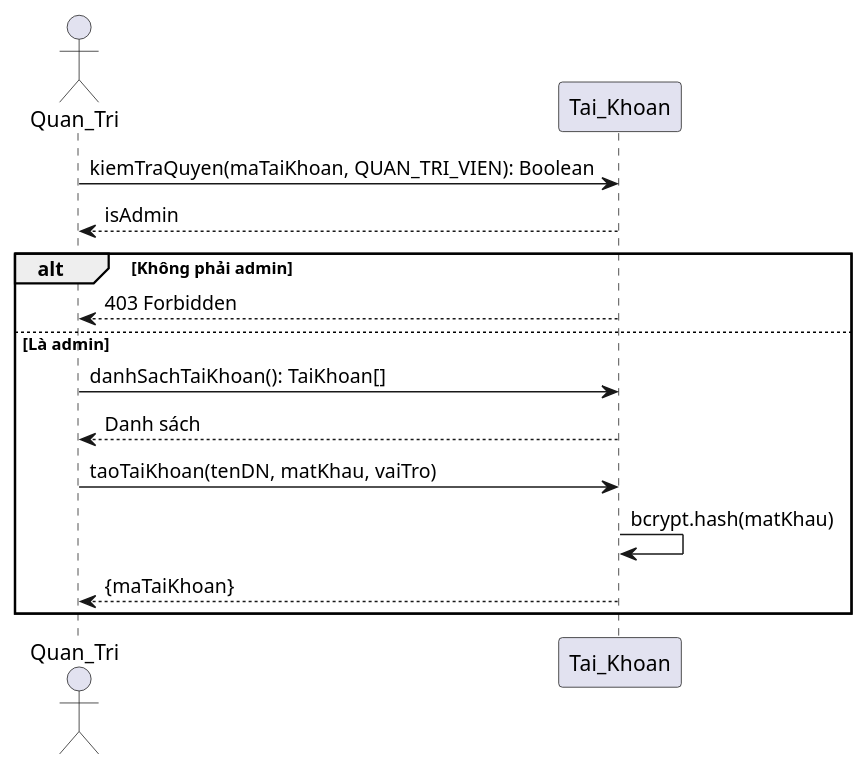
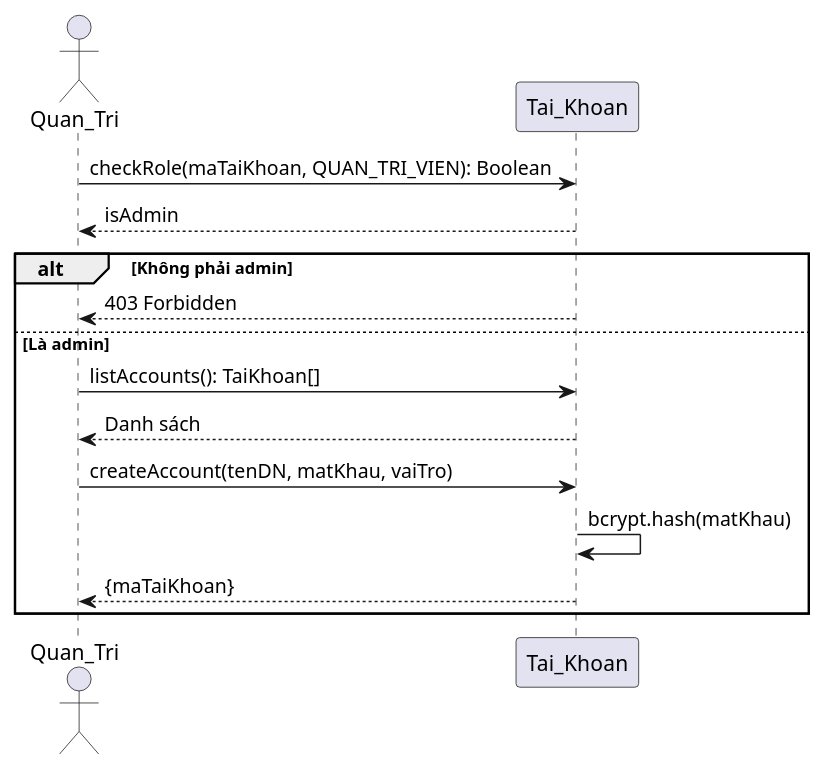
One commit to NPhamDoan/FULL_QLThuVien changed diagram 11 of 18 in .kiro/document/BaoCao_PhanTich_ThietKe_PlantUML.md. Above: the diagram before and after it, drawn with PlantUML. The commit also changed other lines of this file and 37 other files, not shown here.

````diff
--- a/.kiro/document/BaoCao_PhanTich_ThietKe_PlantUML.md
+++ b/.kiro/document/BaoCao_PhanTich_ThietKe_PlantUML.md
@@ -341,19 +375,19 @@
 ```plantuml
 @startuml
 actor "Quan_Tri" as QT
 participant "Tai_Khoan" as TK
 
-QT -> TK : kiemTraQuyen(maTaiKhoan, QUAN_TRI_VIEN): Boolean
+QT -> TK : checkRole(maTaiKhoan, QUAN_TRI_VIEN): Boolean
 TK --> QT : isAdmin
 
 alt Không phải admin
     TK --> QT : 403 Forbidden
 else Là admin
-    QT -> TK : danhSachTaiKhoan(): TaiKhoan[]
+    QT -> TK : listAccounts(): TaiKhoan[]
     TK --> QT : Danh sách
-    QT -> TK : taoTaiKhoan(tenDN, matKhau, vaiTro)
+    QT -> TK : createAccount(tenDN, matKhau, vaiTro)
     TK -> TK : bcrypt.hash(matKhau)
     TK --> QT : {maTaiKhoan}
 end
 @enduml
 ```
````
